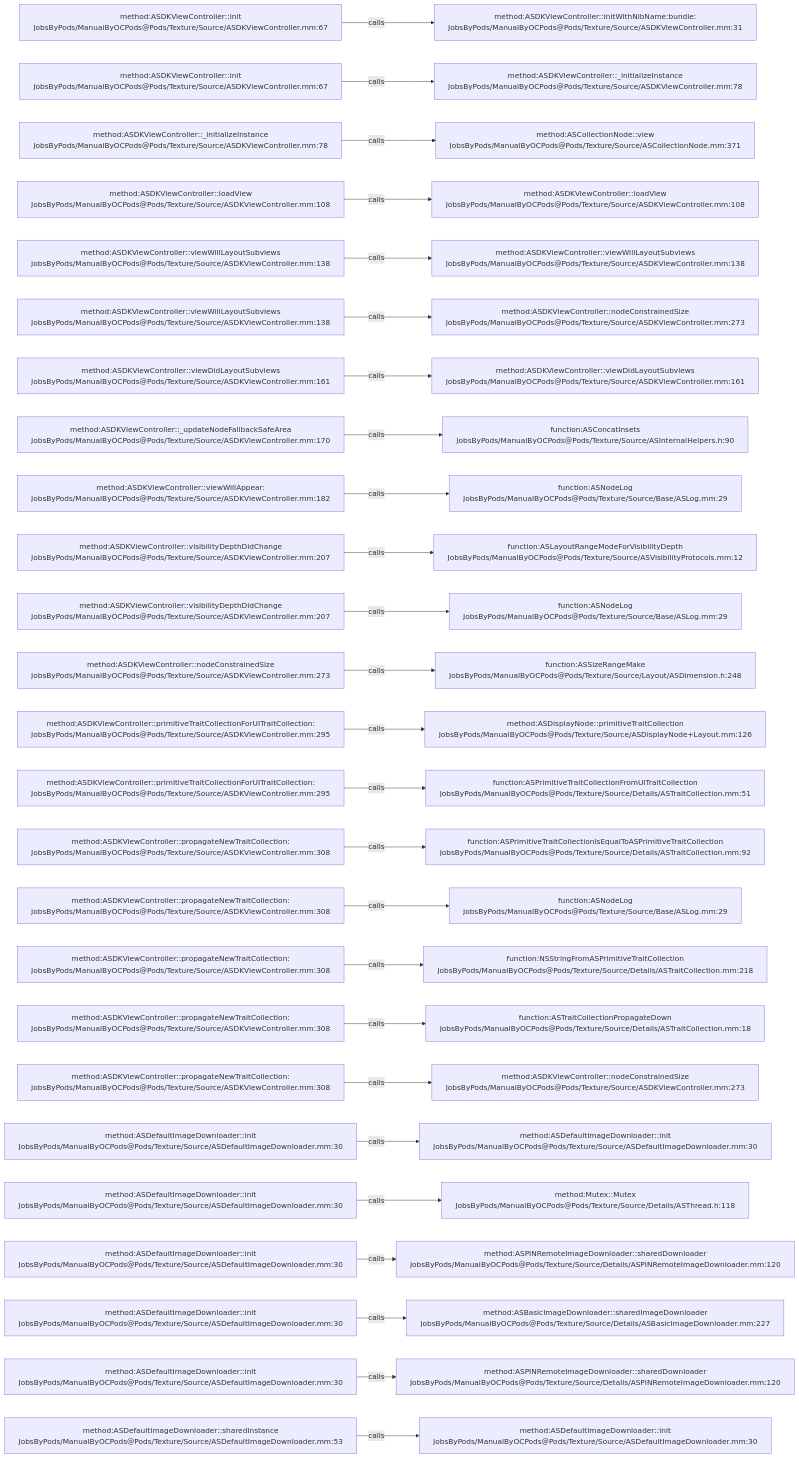
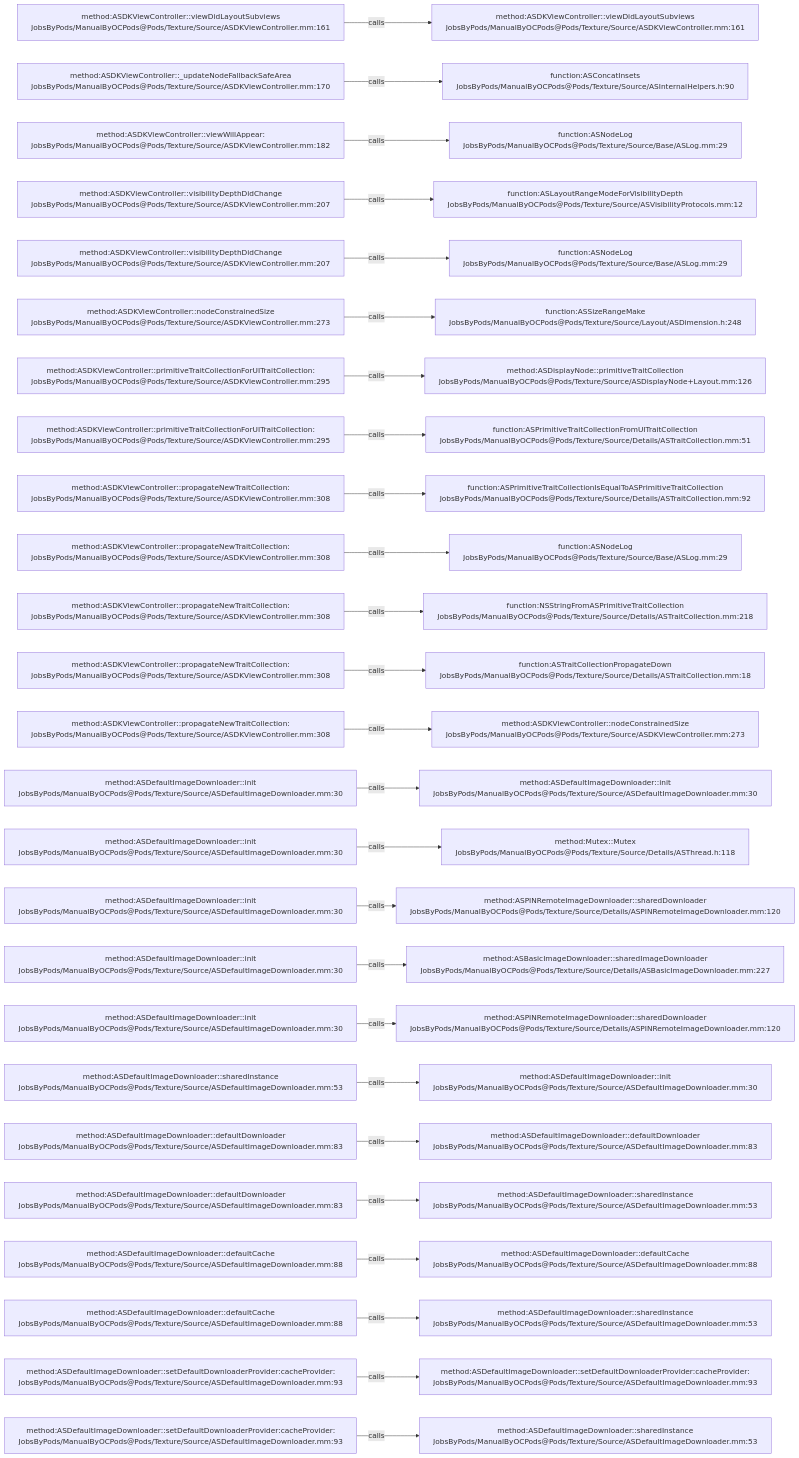
Before and after one commit to JobsKits/JobsOCBaseConfigDemo: the diagram in .codegraph/codegraph.md/graphs/calls-081.md, drawn with Mermaid. The commit also changed 666 other files, not shown here.

````diff
--- a/.codegraph/codegraph.md/graphs/calls-081.md
+++ b/.codegraph/codegraph.md/graphs/calls-081.md
@@ -13,78 +13,78 @@
 ```mermaid
 flowchart LR
-  S1["method:ASDKViewController::init<br/>JobsByPods/ManualByOCPods@Pods/Texture/Source/ASDKViewController.mm:67"]
-  T1["method:ASDKViewController::initWithNibName:bundle:<br/>JobsByPods/ManualByOCPods@Pods/Texture/Source/ASDKViewController.mm:31"]
+  S1["method:ASDKViewController::viewDidLayoutSubviews<br/>JobsByPods/ManualByOCPods@Pods/Texture/Source/ASDKViewController.mm:161"]
+  T1["method:ASDKViewController::viewDidLayoutSubviews<br/>JobsByPods/ManualByOCPods@Pods/Texture/Source/ASDKViewController.mm:161"]
   S1 -->|calls| T1
-  S2["method:ASDKViewController::init<br/>JobsByPods/ManualByOCPods@Pods/Texture/Source/ASDKViewController.mm:67"]
-  T2["method:ASDKViewController::_initializeInstance<br/>JobsByPods/ManualByOCPods@Pods/Texture/Source/ASDKViewController.mm:78"]
+  S2["method:ASDKViewController::_updateNodeFallbackSafeArea<br/>JobsByPods/ManualByOCPods@Pods/Texture/Source/ASDKViewController.mm:170"]
+  T2["function:ASConcatInsets<br/>JobsByPods/ManualByOCPods@Pods/Texture/Source/ASInternalHelpers.h:90"]
   S2 -->|calls| T2
-  S3["method:ASDKViewController::_initializeInstance<br/>JobsByPods/ManualByOCPods@Pods/Texture/Source/ASDKViewController.mm:78"]
-  T3["method:ASCollectionNode::view<br/>JobsByPods/ManualByOCPods@Pods/Texture/Source/ASCollectionNode.mm:371"]
+  S3["method:ASDKViewController::viewWillAppear:<br/>JobsByPods/ManualByOCPods@Pods/Texture/Source/ASDKViewController.mm:182"]
+  T3["function:ASNodeLog<br/>JobsByPods/ManualByOCPods@Pods/Texture/Source/Base/ASLog.mm:29"]
   S3 -->|calls| T3
-  S4["method:ASDKViewController::loadView<br/>JobsByPods/ManualByOCPods@Pods/Texture/Source/ASDKViewController.mm:108"]
-  T4["method:ASDKViewController::loadView<br/>JobsByPods/ManualByOCPods@Pods/Texture/Source/ASDKViewController.mm:108"]
+  S4["method:ASDKViewController::visibilityDepthDidChange<br/>JobsByPods/ManualByOCPods@Pods/Texture/Source/ASDKViewController.mm:207"]
+  T4["function:ASLayoutRangeModeForVisibilityDepth<br/>JobsByPods/ManualByOCPods@Pods/Texture/Source/ASVisibilityProtocols.mm:12"]
   S4 -->|calls| T4
-  S5["method:ASDKViewController::viewWillLayoutSubviews<br/>JobsByPods/ManualByOCPods@Pods/Texture/Source/ASDKViewController.mm:138"]
-  T5["method:ASDKViewController::viewWillLayoutSubviews<br/>JobsByPods/ManualByOCPods@Pods/Texture/Source/ASDKViewController.mm:138"]
+  S5["method:ASDKViewController::visibilityDepthDidChange<br/>JobsByPods/ManualByOCPods@Pods/Texture/Source/ASDKViewController.mm:207"]
+  T5["function:ASNodeLog<br/>JobsByPods/ManualByOCPods@Pods/Texture/Source/Base/ASLog.mm:29"]
   S5 -->|calls| T5
-  S6["method:ASDKViewController::viewWillLayoutSubviews<br/>JobsByPods/ManualByOCPods@Pods/Texture/Source/ASDKViewController.mm:138"]
-  T6["method:ASDKViewController::nodeConstrainedSize<br/>JobsByPods/ManualByOCPods@Pods/Texture/Source/ASDKViewController.mm:273"]
+  S6["method:ASDKViewController::nodeConstrainedSize<br/>JobsByPods/ManualByOCPods@Pods/Texture/Source/ASDKViewController.mm:273"]
+  T6["function:ASSizeRangeMake<br/>JobsByPods/ManualByOCPods@Pods/Texture/Source/Layout/ASDimension.h:248"]
   S6 -->|calls| T6
-  S7["method:ASDKViewController::viewDidLayoutSubviews<br/>JobsByPods/ManualByOCPods@Pods/Texture/Source/ASDKViewController.mm:161"]
-  T7["method:ASDKViewController::viewDidLayoutSubviews<br/>JobsByPods/ManualByOCPods@Pods/Texture/Source/ASDKViewController.mm:161"]
+  S7["method:ASDKViewController::primitiveTraitCollectionForUITraitCollection:<br/>JobsByPods/ManualByOCPods@Pods/Texture/Source/ASDKViewController.mm:295"]
+  T7["method:ASDisplayNode::primitiveTraitCollection<br/>JobsByPods/ManualByOCPods@Pods/Texture/Source/ASDisplayNode+Layout.mm:126"]
   S7 -->|calls| T7
-  S8["method:ASDKViewController::_updateNodeFallbackSafeArea<br/>JobsByPods/ManualByOCPods@Pods/Texture/Source/ASDKViewController.mm:170"]
-  T8["function:ASConcatInsets<br/>JobsByPods/ManualByOCPods@Pods/Texture/Source/ASInternalHelpers.h:90"]
+  S8["method:ASDKViewController::primitiveTraitCollectionForUITraitCollection:<br/>JobsByPods/ManualByOCPods@Pods/Texture/Source/ASDKViewController.mm:295"]
+  T8["function:ASPrimitiveTraitCollectionFromUITraitCollection<br/>JobsByPods/ManualByOCPods@Pods/Texture/Source/Details/ASTraitCollection.mm:51"]
   S8 -->|calls| T8
-  S9["method:ASDKViewController::viewWillAppear:<br/>JobsByPods/ManualByOCPods@Pods/Texture/Source/ASDKViewController.mm:182"]
-  T9["function:ASNodeLog<br/>JobsByPods/ManualByOCPods@Pods/Texture/Source/Base/ASLog.mm:29"]
+  S9["method:ASDKViewController::propagateNewTraitCollection:<br/>JobsByPods/ManualByOCPods@Pods/Texture/Source/ASDKViewController.mm:308"]
+  T9["function:ASPrimitiveTraitCollectionIsEqualToASPrimitiveTraitCollection<br/>JobsByPods/ManualByOCPods@Pods/Texture/Source/Details/ASTraitCollection.mm:92"]
   S9 -->|calls| T9
-  S10["method:ASDKViewController::visibilityDepthDidChange<br/>JobsByPods/ManualByOCPods@Pods/Texture/Source/ASDKViewController.mm:207"]
-  T10["function:ASLayoutRangeModeForVisibilityDepth<br/>JobsByPods/ManualByOCPods@Pods/Texture/Source/ASVisibilityProtocols.mm:12"]
+  S10["method:ASDKViewController::propagateNewTraitCollection:<br/>JobsByPods/ManualByOCPods@Pods/Texture/Source/ASDKViewController.mm:308"]
+  T10["function:ASNodeLog<br/>JobsByPods/ManualByOCPods@Pods/Texture/Source/Base/ASLog.mm:29"]
   S10 -->|calls| T10
-  S11["method:ASDKViewController::visibilityDepthDidChange<br/>JobsByPods/ManualByOCPods@Pods/Texture/Source/ASDKViewController.mm:207"]
-  T11["function:ASNodeLog<br/>JobsByPods/ManualByOCPods@Pods/Texture/Source/Base/ASLog.mm:29"]
+  S11["method:ASDKViewController::propagateNewTraitCollection:<br/>JobsByPods/ManualByOCPods@Pods/Texture/Source/ASDKViewController.mm:308"]
+  T11["function:NSStringFromASPrimitiveTraitCollection<br/>JobsByPods/ManualByOCPods@Pods/Texture/Source/Details/ASTraitCollection.mm:218"]
   S11 -->|calls| T11
-  S12["method:ASDKViewController::nodeConstrainedSize<br/>JobsByPods/ManualByOCPods@Pods/Texture/Source/ASDKViewController.mm:273"]
-  T12["function:ASSizeRangeMake<br/>JobsByPods/ManualByOCPods@Pods/Texture/Source/Layout/ASDimension.h:248"]
+  S12["method:ASDKViewController::propagateNewTraitCollection:<br/>JobsByPods/ManualByOCPods@Pods/Texture/Source/ASDKViewController.mm:308"]
+  T12["function:ASTraitCollectionPropagateDown<br/>JobsByPods/ManualByOCPods@Pods/Texture/Source/Details/ASTraitCollection.mm:18"]
   S12 -->|calls| T12
-  S13["method:ASDKViewController::primitiveTraitCollectionForUITraitCollection:<br/>JobsByPods/ManualByOCPods@Pods/Texture/Source/ASDKViewController.mm:295"]
-  T13["method:ASDisplayNode::primitiveTraitCollection<br/>JobsByPods/ManualByOCPods@Pods/Texture/Source/ASDisplayNode+Layout.mm:126"]
+  S13["method:ASDKViewController::propagateNewTraitCollection:<br/>JobsByPods/ManualByOCPods@Pods/Texture/Source/ASDKViewController.mm:308"]
+  T13["method:ASDKViewController::nodeConstrainedSize<br/>JobsByPods/ManualByOCPods@Pods/Texture/Source/ASDKViewController.mm:273"]
   S13 -->|calls| T13
-  S14["method:ASDKViewController::primitiveTraitCollectionForUITraitCollection:<br/>JobsByPods/ManualByOCPods@Pods/Texture/Source/ASDKViewController.mm:295"]
-  T14["function:ASPrimitiveTraitCollectionFromUITraitCollection<br/>JobsByPods/ManualByOCPods@Pods/Texture/Source/Details/ASTraitCollection.mm:51"]
+  S14["method:ASDefaultImageDownloader::init<br/>JobsByPods/ManualByOCPods@Pods/Texture/Source/ASDefaultImageDownloader.mm:30"]
+  T14["method:ASDefaultImageDownloader::init<br/>JobsByPods/ManualByOCPods@Pods/Texture/Source/ASDefaultImageDownloader.mm:30"]
   S14 -->|calls| T14
-  S15["method:ASDKViewController::propagateNewTraitCollection:<br/>JobsByPods/ManualByOCPods@Pods/Texture/Source/ASDKViewController.mm:308"]
-  T15["function:ASPrimitiveTraitCollectionIsEqualToASPrimitiveTraitCollection<br/>JobsByPods/ManualByOCPods@Pods/Texture/Source/Details/ASTraitCollection.mm:92"]
+  S15["method:ASDefaultImageDownloader::init<br/>JobsByPods/ManualByOCPods@Pods/Texture/Source/ASDefaultImageDownloader.mm:30"]
+  T15["method:Mutex::Mutex<br/>JobsByPods/ManualByOCPods@Pods/Texture/Source/Details/ASThread.h:118"]
   S15 -->|calls| T15
-  S16["method:ASDKViewController::propagateNewTraitCollection:<br/>JobsByPods/ManualByOCPods@Pods/Texture/Source/ASDKViewController.mm:308"]
-  T16["function:ASNodeLog<br/>JobsByPods/ManualByOCPods@Pods/Texture/Source/Base/ASLog.mm:29"]
+  S16["method:ASDefaultImageDownloader::init<br/>JobsByPods/ManualByOCPods@Pods/Texture/Source/ASDefaultImageDownloader.mm:30"]
+  T16["method:ASPINRemoteImageDownloader::sharedDownloader<br/>JobsByPods/ManualByOCPods@Pods/Texture/Source/Details/ASPINRemoteImageDownloader.mm:120"]
   S16 -->|calls| T16
-  S17["method:ASDKViewController::propagateNewTraitCollection:<br/>JobsByPods/ManualByOCPods@Pods/Texture/Source/ASDKViewController.mm:308"]
-  T17["function:NSStringFromASPrimitiveTraitCollection<br/>JobsByPods/ManualByOCPods@Pods/Texture/Source/Details/ASTraitCollection.mm:218"]
+  S17["method:ASDefaultImageDownloader::init<br/>JobsByPods/ManualByOCPods@Pods/Texture/Source/ASDefaultImageDownloader.mm:30"]
+  T17["method:ASBasicImageDownloader::sharedImageDownloader<br/>JobsByPods/ManualByOCPods@Pods/Texture/Source/Details/ASBasicImageDownloader.mm:227"]
   S17 -->|calls| T17
-  S18["method:ASDKViewController::propagateNewTraitCollection:<br/>JobsByPods/ManualByOCPods@Pods/Texture/Source/ASDKViewController.mm:308"]
-  T18["function:ASTraitCollectionPropagateDown<br/>JobsByPods/ManualByOCPods@Pods/Texture/Source/Details/ASTraitCollection.mm:18"]
+  S18["method:ASDefaultImageDownloader::init<br/>JobsByPods/ManualByOCPods@Pods/Texture/Source/ASDefaultImageDownloader.mm:30"]
+  T18["method:ASPINRemoteImageDownloader::sharedDownloader<br/>JobsByPods/ManualByOCPods@Pods/Texture/Source/Details/ASPINRemoteImageDownloader.mm:120"]
   S18 -->|calls| T18
-  S19["method:ASDKViewController::propagateNewTraitCollection:<br/>JobsByPods/ManualByOCPods@Pods/Texture/Source/ASDKViewController.mm:308"]
-  T19["method:ASDKViewController::nodeConstrainedSize<br/>JobsByPods/ManualByOCPods@Pods/Texture/Source/ASDKViewController.mm:273"]
+  S19["method:ASDefaultImageDownloader::sharedInstance<br/>JobsByPods/ManualByOCPods@Pods/Texture/Source/ASDefaultImageDownloader.mm:53"]
+  T19["method:ASDefaultImageDownloader::init<br/>JobsByPods/ManualByOCPods@Pods/Texture/Source/ASDefaultImageDownloader.mm:30"]
   S19 -->|calls| T19
-  S20["method:ASDefaultImageDownloader::init<br/>JobsByPods/ManualByOCPods@Pods/Texture/Source/ASDefaultImageDownloader.mm:30"]
-  T20["method:ASDefaultImageDownloader::init<br/>JobsByPods/ManualByOCPods@Pods/Texture/Source/ASDefaultImageDownloader.mm:30"]
+  S20["method:ASDefaultImageDownloader::defaultDownloader<br/>JobsByPods/ManualByOCPods@Pods/Texture/Source/ASDefaultImageDownloader.mm:83"]
+  T20["method:ASDefaultImageDownloader::defaultDownloader<br/>JobsByPods/ManualByOCPods@Pods/Texture/Source/ASDefaultImageDownloader.mm:83"]
   S20 -->|calls| T20
-  S21["method:ASDefaultImageDownloader::init<br/>JobsByPods/ManualByOCPods@Pods/Texture/Source/ASDefaultImageDownloader.mm:30"]
-  T21["method:Mutex::Mutex<br/>JobsByPods/ManualByOCPods@Pods/Texture/Source/Details/ASThread.h:118"]
+  S21["method:ASDefaultImageDownloader::defaultDownloader<br/>JobsByPods/ManualByOCPods@Pods/Texture/Source/ASDefaultImageDownloader.mm:83"]
+  T21["method:ASDefaultImageDownloader::sharedInstance<br/>JobsByPods/ManualByOCPods@Pods/Texture/Source/ASDefaultImageDownloader.mm:53"]
   S21 -->|calls| T21
-  S22["method:ASDefaultImageDownloader::init<br/>JobsByPods/ManualByOCPods@Pods/Texture/Source/ASDefaultImageDownloader.mm:30"]
-  T22["method:ASPINRemoteImageDownloader::sharedDownloader<br/>JobsByPods/ManualByOCPods@Pods/Texture/Source/Details/ASPINRemoteImageDownloader.mm:120"]
+  S22["method:ASDefaultImageDownloader::defaultCache<br/>JobsByPods/ManualByOCPods@Pods/Texture/Source/ASDefaultImageDownloader.mm:88"]
+  T22["method:ASDefaultImageDownloader::defaultCache<br/>JobsByPods/ManualByOCPods@Pods/Texture/Source/ASDefaultImageDownloader.mm:88"]
   S22 -->|calls| T22
-  S23["method:ASDefaultImageDownloader::init<br/>JobsByPods/ManualByOCPods@Pods/Texture/Source/ASDefaultImageDownloader.mm:30"]
-  T23["method:ASBasicImageDownloader::sharedImageDownloader<br/>JobsByPods/ManualByOCPods@Pods/Texture/Source/Details/ASBasicImageDownloader.mm:227"]
+  S23["method:ASDefaultImageDownloader::defaultCache<br/>JobsByPods/ManualByOCPods@Pods/Texture/Source/ASDefaultImageDownloader.mm:88"]
+  T23["method:ASDefaultImageDownloader::sharedInstance<br/>JobsByPods/ManualByOCPods@Pods/Texture/Source/ASDefaultImageDownloader.mm:53"]
   S23 -->|calls| T23
-  S24["method:ASDefaultImageDownloader::init<br/>JobsByPods/ManualByOCPods@Pods/Texture/Source/ASDefaultImageDownloader.mm:30"]
-  T24["method:ASPINRemoteImageDownloader::sharedDownloader<br/>JobsByPods/ManualByOCPods@Pods/Texture/Source/Details/ASPINRemoteImageDownloader.mm:120"]
+  S24["method:ASDefaultImageDownloader::setDefaultDownloaderProvider:cacheProvider:<br/>JobsByPods/ManualByOCPods@Pods/Texture/Source/ASDefaultImageDownloader.mm:93"]
+  T24["method:ASDefaultImageDownloader::setDefaultDownloaderProvider:cacheProvider:<br/>JobsByPods/ManualByOCPods@Pods/Texture/Source/ASDefaultImageDownloader.mm:93"]
   S24 -->|calls| T24
-  S25["method:ASDefaultImageDownloader::sharedInstance<br/>JobsByPods/ManualByOCPods@Pods/Texture/Source/ASDefaultImageDownloader.mm:53"]
-  T25["method:ASDefaultImageDownloader::init<br/>JobsByPods/ManualByOCPods@Pods/Texture/Source/ASDefaultImageDownloader.mm:30"]
+  S25["method:ASDefaultImageDownloader::setDefaultDownloaderProvider:cacheProvider:<br/>JobsByPods/ManualByOCPods@Pods/Texture/Source/ASDefaultImageDownloader.mm:93"]
+  T25["method:ASDefaultImageDownloader::sharedInstance<br/>JobsByPods/ManualByOCPods@Pods/Texture/Source/ASDefaultImageDownloader.mm:53"]
   S25 -->|calls| T25
 ```
````
